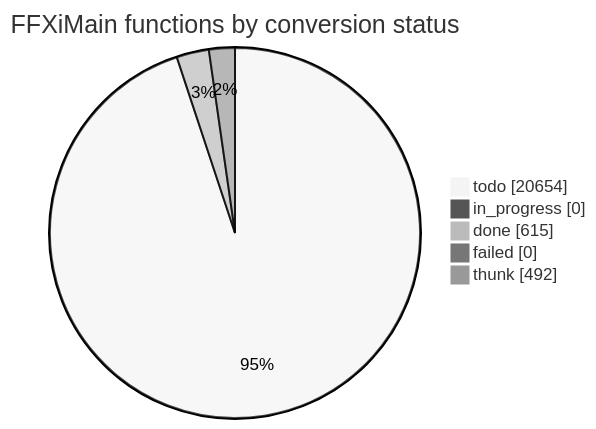
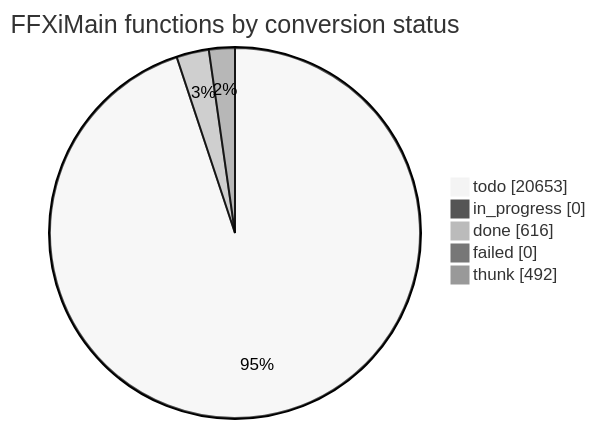
The diagram in docs/cow/STATUS.md (cowrevenge/cow_kuluu_xi_anything), drawn with Mermaid (neutral theme) before and after one commit. The commit also changed other lines of this file and 9 other files, not shown here.

````diff
--- a/docs/cow/STATUS.md
+++ b/docs/cow/STATUS.md
@@ -18,9 +18,9 @@
 ```mermaid
 pie showData
     title FFXiMain functions by conversion status
-    "todo" : 20654
+    "todo" : 20653
     "in_progress" : 0
-    "done" : 615
+    "done" : 616
     "failed" : 0
     "thunk" : 492
 ```
````
